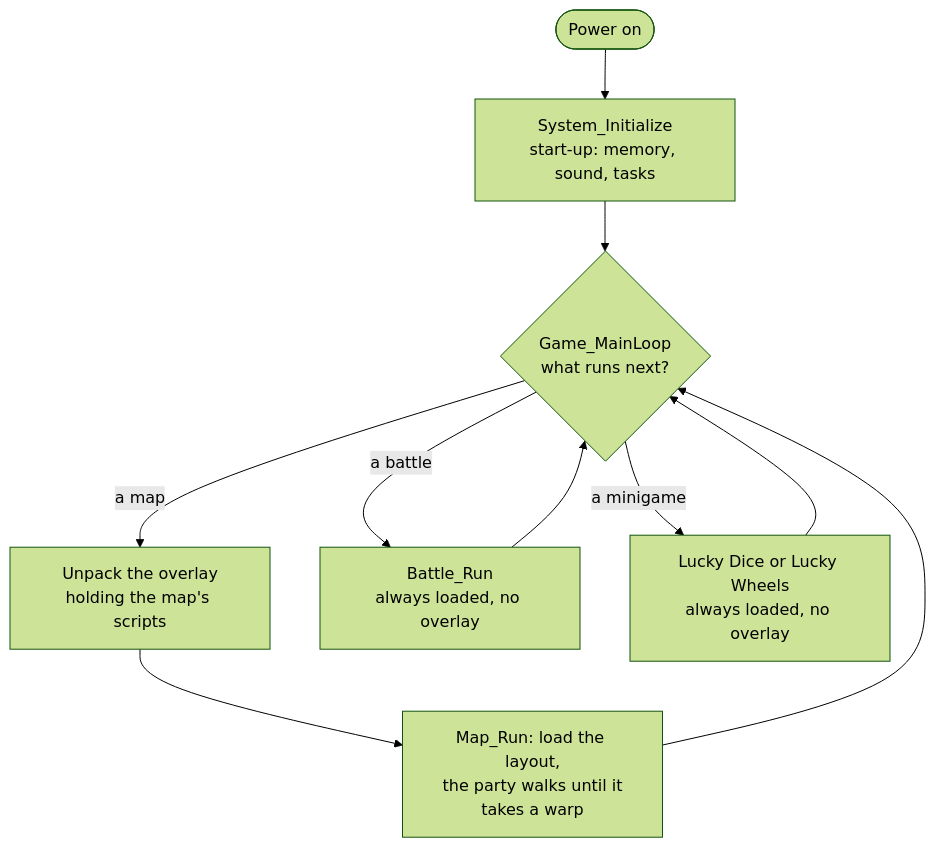
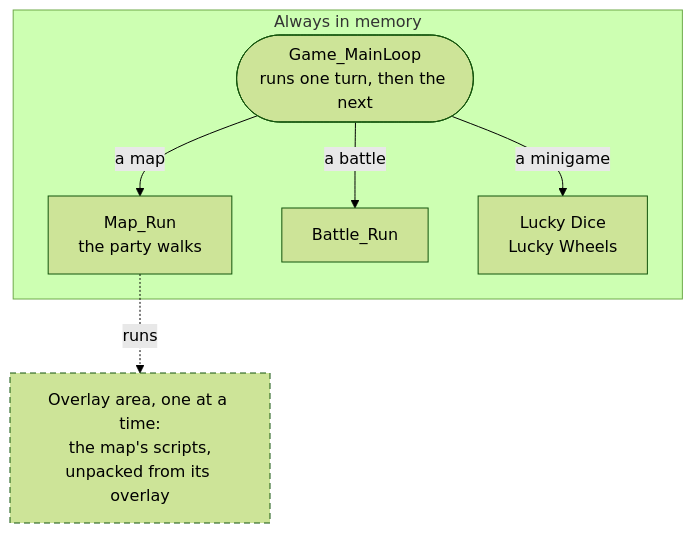
The diagram in games/tbs/README.md (PascalPixel/alchemy), drawn with Mermaid (forest theme) before and after one commit.

Commit message:
Front page: the main-loop diagram groups what is always in memory and sets the overlay area apart

````diff
--- a/games/tbs/README.md
+++ b/games/tbs/README.md
@@ -29,12 +29,15 @@
 ```mermaid
 flowchart TD
-  power([Power on]) --> init["System_Initialize<br/>start-up: memory, sound, tasks"]
-  init --> loop{"Game_MainLoop<br/>what runs next?"}
-  loop -- "a map" --> overlay["Unpack the overlay<br/>holding the map's scripts"]
-  overlay --> run["Map_Run: load the layout,<br/>the party walks until it<br/>takes a warp"]
-  run --> loop
-  loop -- "a battle" --> battle["Battle_Run<br/>always loaded, no overlay"]
-  battle --> loop
-  loop -- "a minigame" --> mini["Lucky Dice or Lucky Wheels<br/>always loaded, no overlay"]
-  mini --> loop
+  subgraph memory ["Always in memory"]
+    loop(["Game_MainLoop<br/>runs one turn, then the next"])
+    map["Map_Run<br/>the party walks"]
+    battle["Battle_Run"]
+    mini["Lucky Dice<br/>Lucky Wheels"]
+    loop -- "a map" --> map
+    loop -- "a battle" --> battle
+    loop -- "a minigame" --> mini
+  end
+  map -. "runs" .-> scripts["Overlay area, one at a time:<br/>the map's scripts,<br/>unpacked from its overlay"]
+  classDef overlay stroke-dasharray: 6 4
+  class scripts overlay
 ```
````
